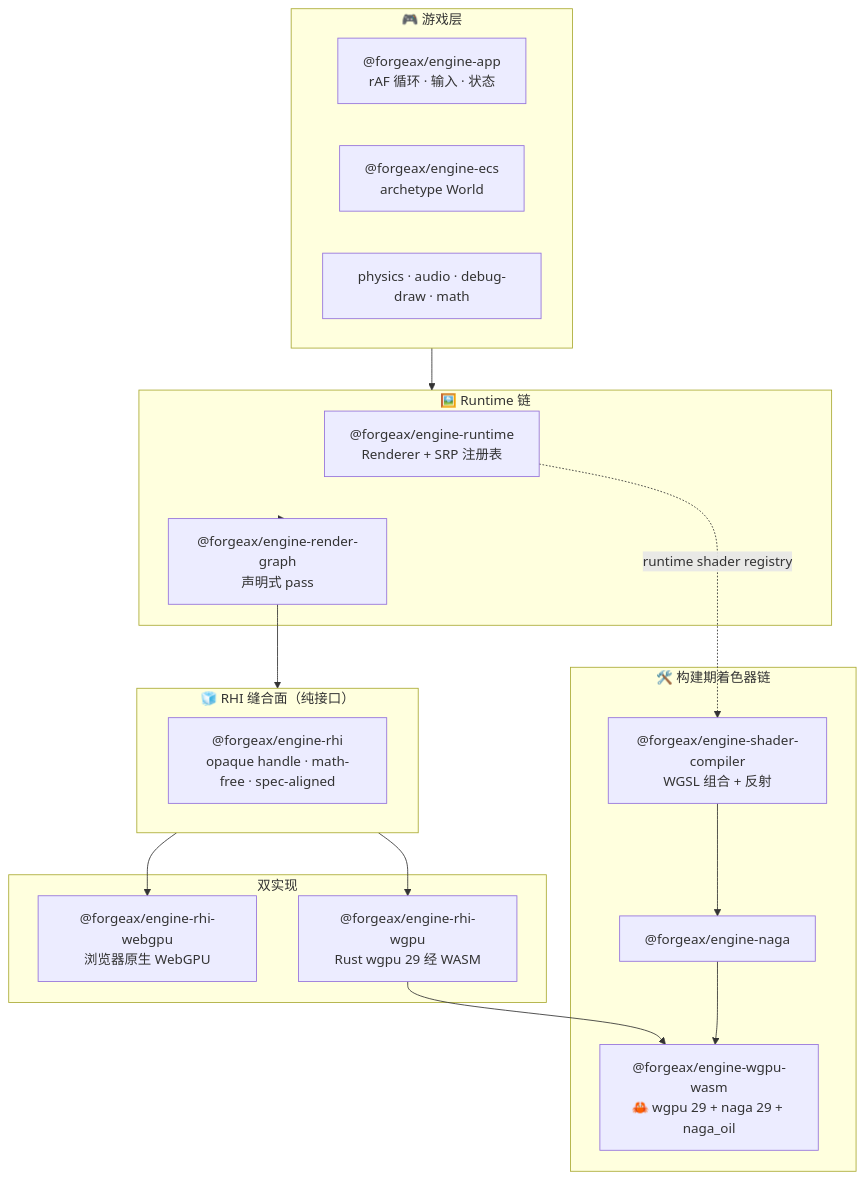
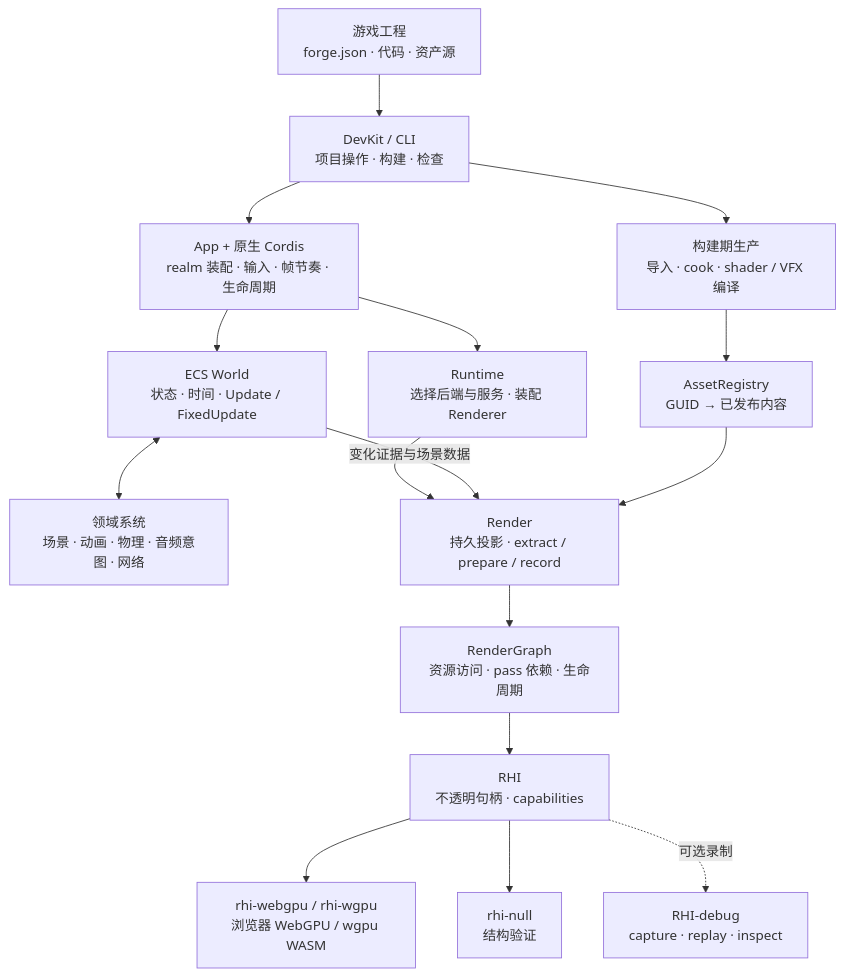
The first of 3 diagrams in packages/engine/README.zh-CN.md (ForgeaX-Games/forgeax-editor), drawn with Mermaid before and after one commit. The commit also changed other lines of this file and 7023 other files, not shown here.

````diff
--- a/packages/engine/README.zh-CN.md
+++ b/packages/engine/README.zh-CN.md
@@ -70,35 +56,32 @@
 ```mermaid
-flowchart TD
-    subgraph GAME["🎮 游戏层"]
-        APP["@forgeax/engine-app<br/>rAF 循环 · 输入 · 状态"]
-        ECS["@forgeax/engine-ecs<br/>archetype World"]
-        FEAT["physics · audio · debug-draw · math"]
-    end
-
-    subgraph RUNTIME["🖼️ Runtime 链"]
-        RT["@forgeax/engine-runtime<br/>Renderer + SRP 注册表"]
-        RG["@forgeax/engine-render-graph<br/>声明式 pass"]
-    end
-
-    subgraph SEAM["🧊 RHI 缝合面（纯接口）"]
-        RHI["@forgeax/engine-rhi<br/>opaque handle · math-free · spec-aligned"]
-    end
-
-    subgraph BACKENDS["双实现"]
-        WEBGPU["@forgeax/engine-rhi-webgpu<br/>浏览器原生 WebGPU"]
-        WGPU["@forgeax/engine-rhi-wgpu<br/>Rust wgpu 29 经 WASM"]
-    end
-
-    subgraph BUILD["🛠️ 构建期着色器链"]
-        SC["@forgeax/engine-shader-compiler<br/>WGSL 组合 + 反射"]
-        NAGA["@forgeax/engine-naga"]
-        WASM["@forgeax/engine-wgpu-wasm<br/>🦀 wgpu 29 + naga 29 + naga_oil"]
-    end
-
-    GAME --> RUNTIME --> RG --> SEAM
-    SEAM --> WEBGPU
-    SEAM --> WGPU
-    WGPU --> WASM
-    SC --> NAGA --> WASM
-    RT -. "runtime shader registry" .-> SC
+flowchart TB
+    PROJECT["游戏工程<br/>forge.json · 代码 · 资产源"]
+    DEVKIT["DevKit / CLI<br/>项目操作 · 构建 · 检查"]
+    COOK["构建期生产<br/>导入 · cook · shader / VFX 编译"]
+    ASSETS["AssetRegistry<br/>GUID → 已发布内容"]
+    APP["App + 原生 Cordis<br/>realm 装配 · 输入 · 帧节奏 · 生命周期"]
+    WORLD["ECS World<br/>状态 · 时间 · Update / FixedUpdate"]
+    DOMAINS["领域系统<br/>场景 · 动画 · 物理 · 音频意图 · 网络"]
+    RUNTIME["Runtime<br/>选择后端与服务 · 装配 Renderer"]
+    RENDER["Render<br/>持久投影 · extract / prepare / record"]
+    GRAPH["RenderGraph<br/>资源访问 · pass 依赖 · 生命周期"]
+    RHI["RHI<br/>不透明句柄 · capabilities"]
+    GPU["rhi-webgpu / rhi-wgpu<br/>浏览器 WebGPU / wgpu WASM"]
+    NULL["rhi-null<br/>结构验证"]
+    DEBUG["RHI-debug<br/>capture · replay · inspect"]
+    PROJECT --> DEVKIT
+    DEVKIT --> COOK
+    COOK --> ASSETS
+    DEVKIT --> APP
+    APP --> WORLD
+    APP --> RUNTIME
+    WORLD <--> DOMAINS
+    RUNTIME --> RENDER
+    WORLD -->|"变化证据与场景数据"| RENDER
+    ASSETS --> RENDER
+    RENDER --> GRAPH
+    GRAPH --> RHI
+    RHI --> GPU
+    RHI --> NULL
+    RHI -.->|"可选录制"| DEBUG
 ```
````
